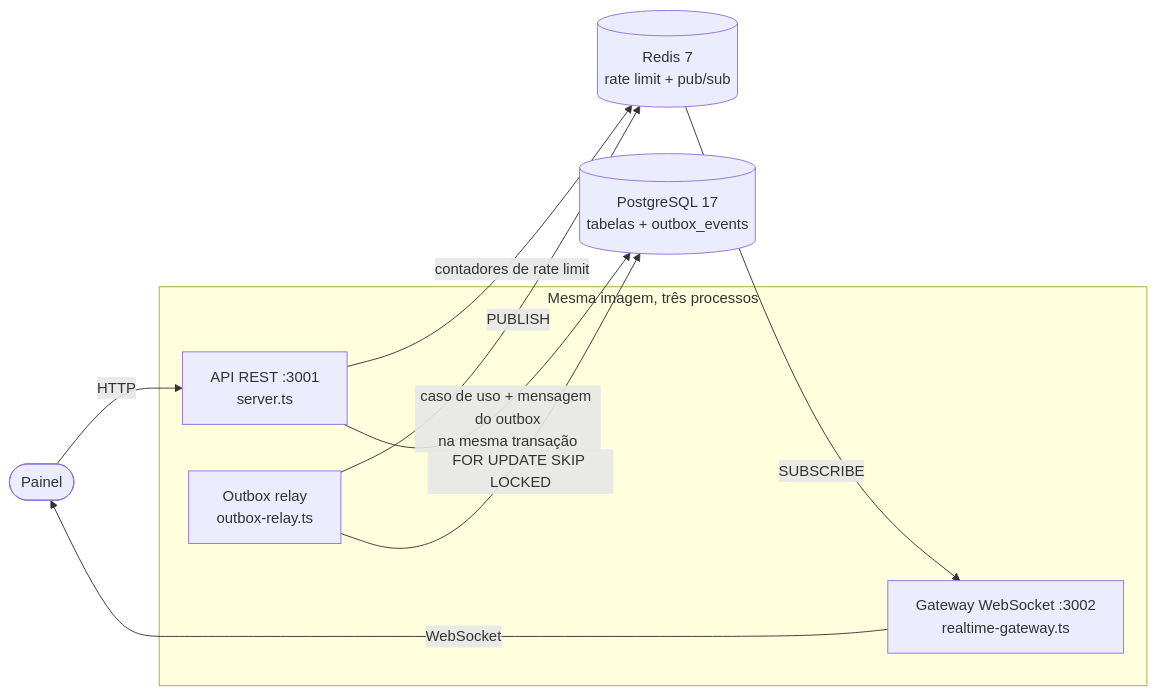
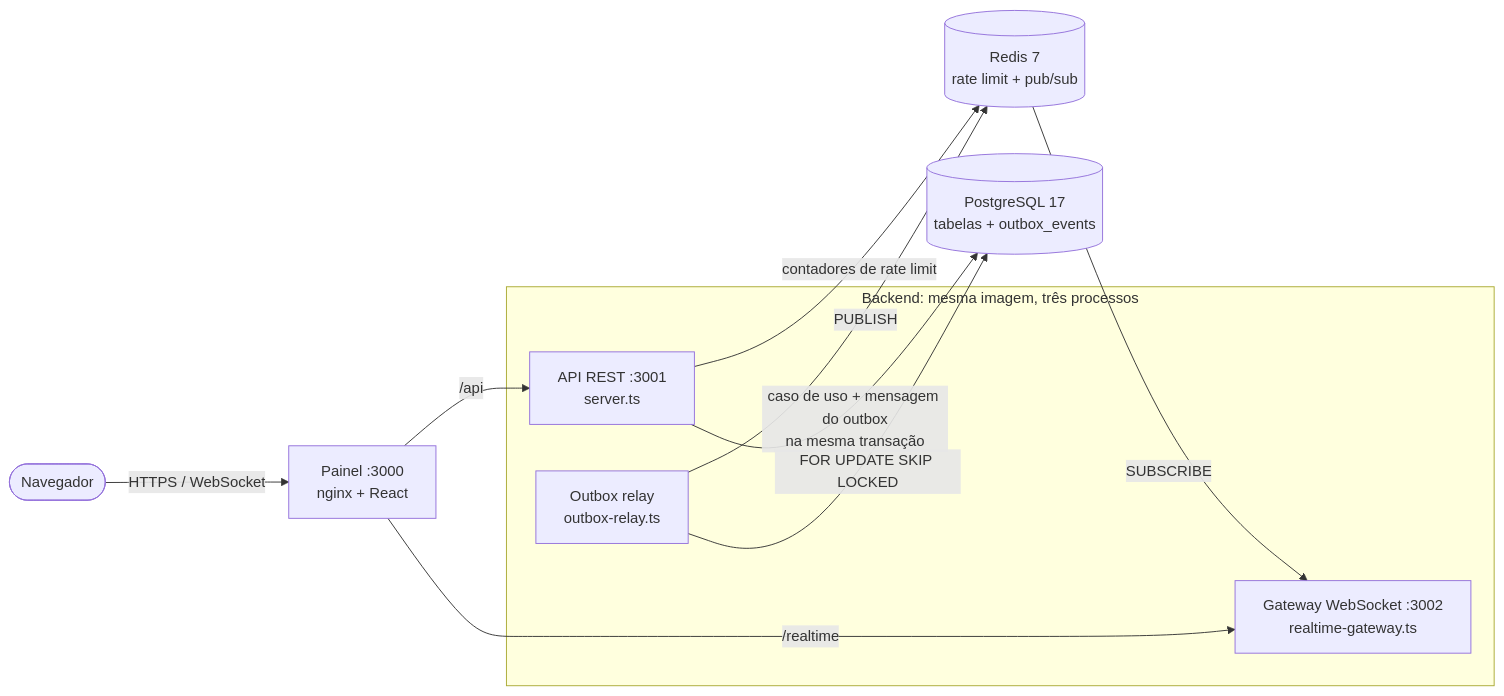
Before and after one commit to gftf2011/eyecarehealth-take-home-typescript-react: the first of 4 diagrams in DECISIONS.md, drawn with Mermaid. The commit also changed other lines of this file, not shown here.

````diff
--- a/DECISIONS.md
+++ b/DECISIONS.md
@@ -23,21 +23,23 @@
 ```mermaid
 flowchart LR
-    painel([Painel])
+    navegador([Navegador])
+    painel[Painel :3000<br/>nginx + React]
 
-    subgraph processos[Mesma imagem, três processos]
+    subgraph processos[Backend: mesma imagem, três processos]
         api[API REST :3001<br/>server.ts]
         relay[Outbox relay<br/>outbox-relay.ts]
         gw[Gateway WebSocket :3002<br/>realtime-gateway.ts]
     end
 
     pg[(PostgreSQL 17<br/>tabelas + outbox_events)]
     redis[(Redis 7<br/>rate limit + pub/sub)]
 
-    painel -- HTTP --> api
+    navegador -- HTTPS / WebSocket --> painel
+    painel -- /api --> api
     api -- caso de uso + mensagem do outbox<br/>na mesma transação --> pg
     api -- contadores de rate limit --> redis
     relay -- FOR UPDATE SKIP LOCKED --> pg
     relay -- PUBLISH --> redis
     redis -- SUBSCRIBE --> gw
-    gw -- WebSocket --> painel
+    painel -- /realtime --> gw
 ```
````
